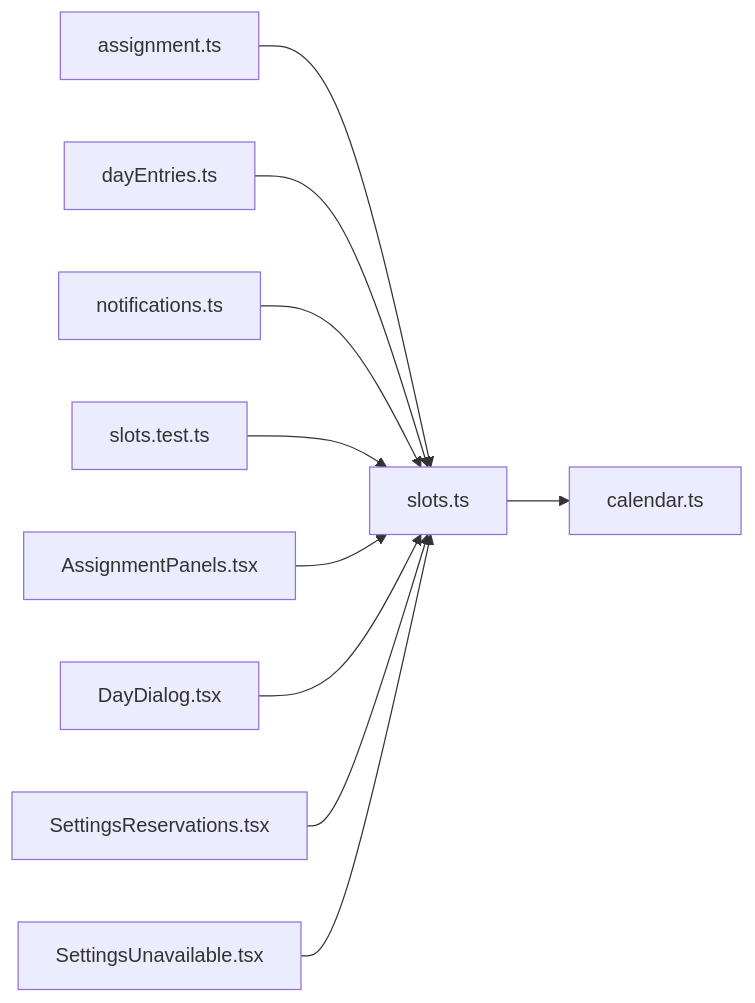
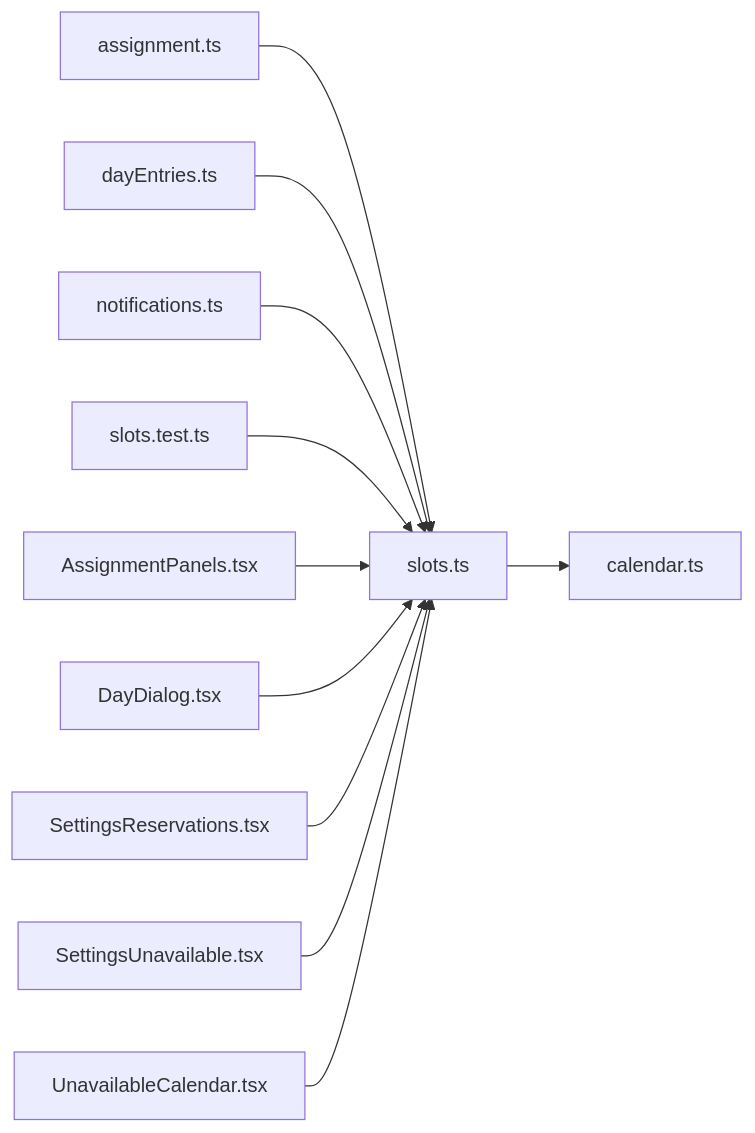
One commit to minkong-dev/Banblit changed the diagram in .cluedoc/graph/frontend/src/lib/slots.md. Above: the diagram before and after it, drawn with Mermaid. The commit also changed other lines of this file and 12 other files, not shown here.

Commit message:
frontend: show off members by name in unavailable calendar and open day details on click

````diff
--- a/.cluedoc/graph/frontend/src/lib/slots.md
+++ b/.cluedoc/graph/frontend/src/lib/slots.md
@@ -10,13 +10,14 @@
 ```mermaid
 flowchart LR
   frontend_src_lib_slots["slots.ts"]
   frontend_src_lib_slots --> frontend_src_lib_calendar["calendar.ts"]
   frontend_src_lib_assignment["assignment.ts"] --> frontend_src_lib_slots
   frontend_src_lib_dayEntries["dayEntries.ts"] --> frontend_src_lib_slots
   frontend_src_lib_notifications["notifications.ts"] --> frontend_src_lib_slots
   frontend_src_lib_slots_test["slots.test.ts"] --> frontend_src_lib_slots
   frontend_src_routes_AssignmentPanels["AssignmentPanels.tsx"] --> frontend_src_lib_slots
   frontend_src_routes_DayDialog["DayDialog.tsx"] --> frontend_src_lib_slots
   frontend_src_routes_SettingsReservations["SettingsReservations.tsx"] --> frontend_src_lib_slots
   frontend_src_routes_SettingsUnavailable["SettingsUnavailable.tsx"] --> frontend_src_lib_slots
+  frontend_src_routes_UnavailableCalendar["UnavailableCalendar.tsx"] --> frontend_src_lib_slots
 ```
````
